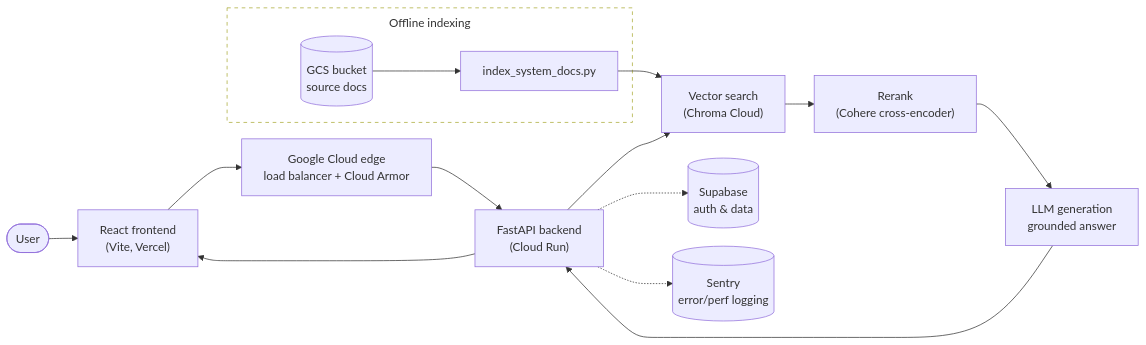
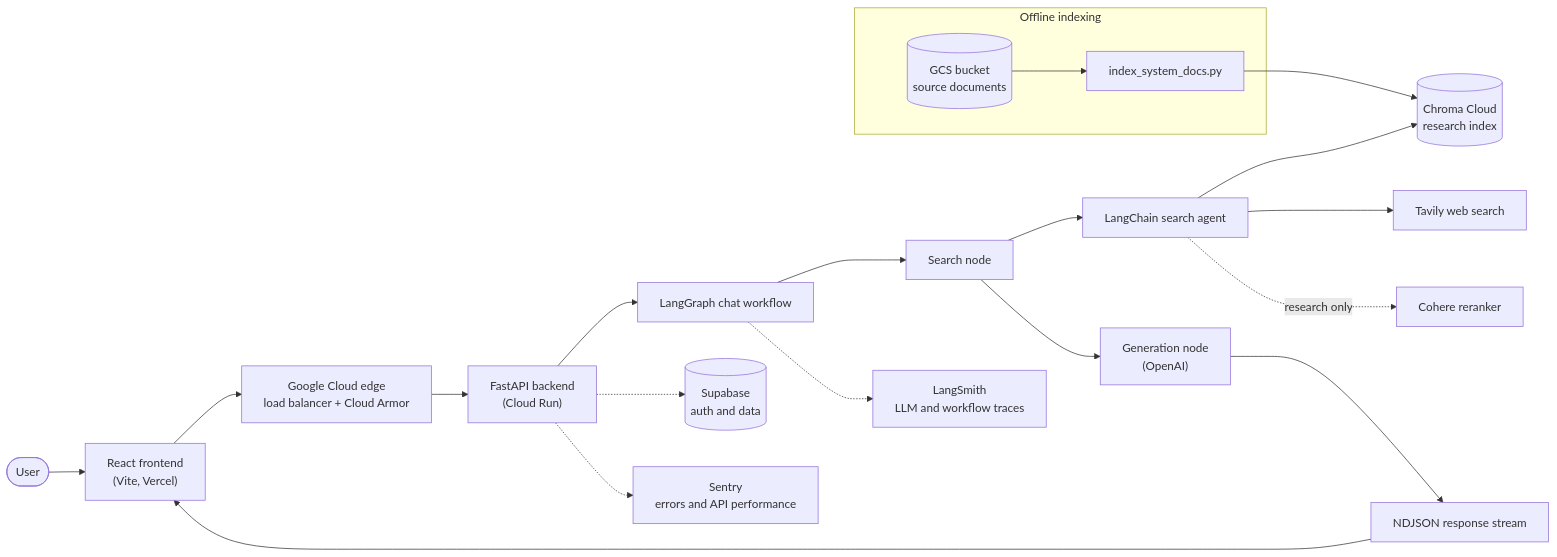
Before and after one commit to xurichard19/strength-and-conditioning-rag: the diagram in README.md, drawn with Mermaid. The commit also changed other lines of this file and 2 other files, not shown here.

First line of the commit message:
Add LangGraph/LangSmith docs and update UI copy

````diff
--- a/README.md
+++ b/README.md
@@ -7,23 +9,25 @@
 ```mermaid
-%%{init: {'flowchart': {'nodeSpacing': 25, 'rankSpacing': 40, 'curve': 'basis', 'subGraphTitleMargin': {'top': 8, 'bottom': 8}}}}%%
 flowchart LR
     User(["User"]) --> FE["React frontend<br/>(Vite, Vercel)"]
     FE --> Edge["Google Cloud edge<br/>load balancer + Cloud Armor"]
     Edge --> API["FastAPI backend<br/>(Cloud Run)"]
 
-    API --> Retrieve["Vector search<br/>(Chroma Cloud)"]
-    Retrieve --> Rerank["Rerank<br/>(Cohere cross-encoder)"]
-    Rerank --> Gen["LLM generation<br/>grounded answer"]
-    Gen --> API
-    API --> FE
+    API --> Graph["LangGraph chat workflow"]
+    Graph --> Search["Search node"]
+    Search --> Agent["LangChain search agent"]
+    Agent --> Chroma[("Chroma Cloud<br/>research index")]
+    Agent --> Tavily["Tavily web search"]
+    Agent -. "research only" .-> Cohere["Cohere reranker"]
+    Search --> Generate["Generation node<br/>(OpenAI)"]
+    Generate --> Stream["NDJSON response stream"]
+    Stream --> FE
 
-    API -.-> Auth[("Supabase<br/>auth & data")]
-    API -.-> Log[("Sentry<br/>error/perf logging")]
+    API -.-> Supabase[("Supabase<br/>auth and data")]
+    API -.-> Sentry["Sentry<br/>errors and API performance"]
+    Graph -.-> LangSmith["LangSmith<br/>LLM and workflow traces"]
 
     subgraph Ingestion["Offline indexing"]
-        Docs[("GCS bucket<br/>source docs")] --> Index["index_system_docs.py"]
+        Docs[("GCS bucket<br/>source documents")] --> Index["index_system_docs.py"]
     end
-    Index --> Retrieve
-
-    style Ingestion fill:none,stroke-dasharray: 5 5
+    Index --> Chroma
 ```
````
